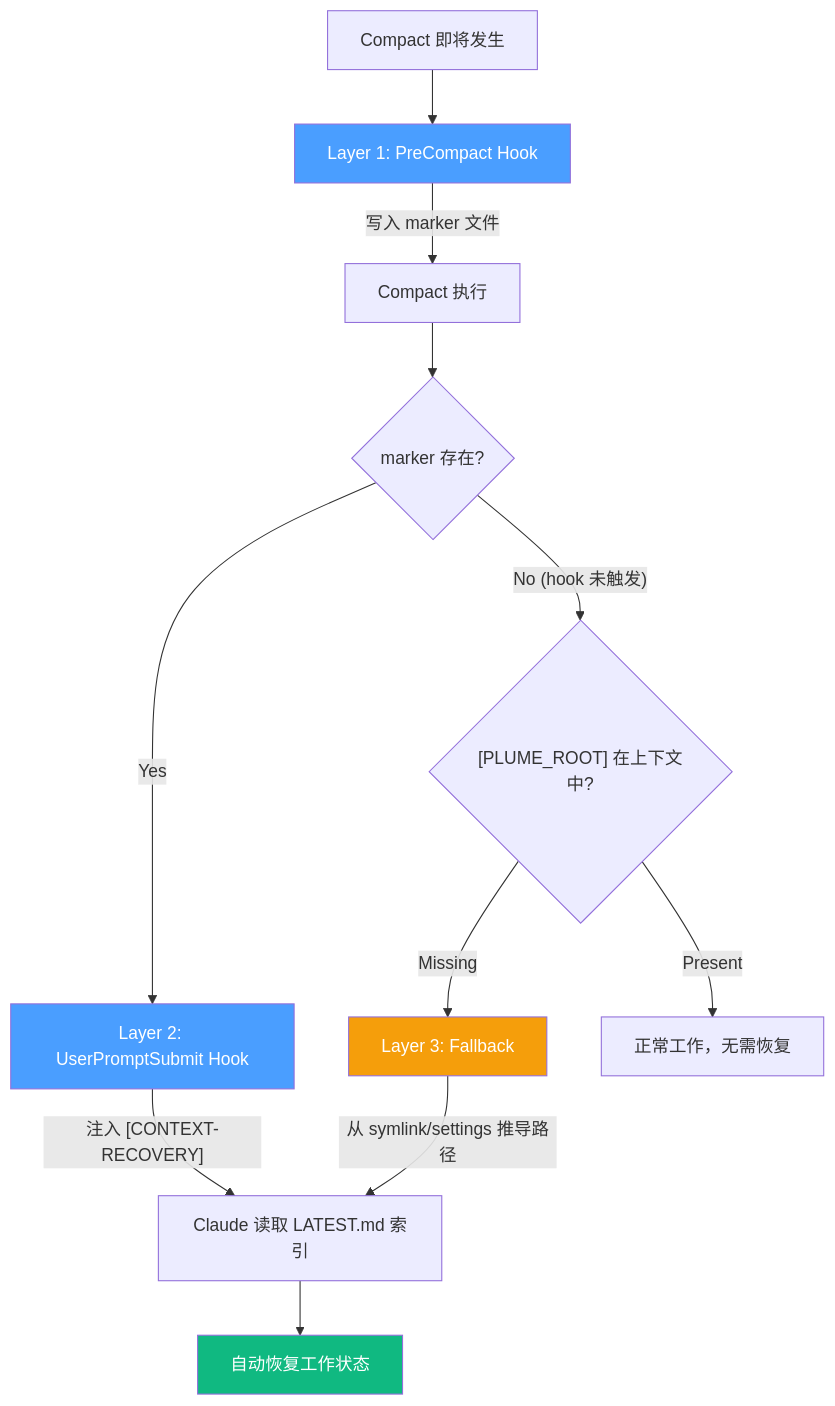
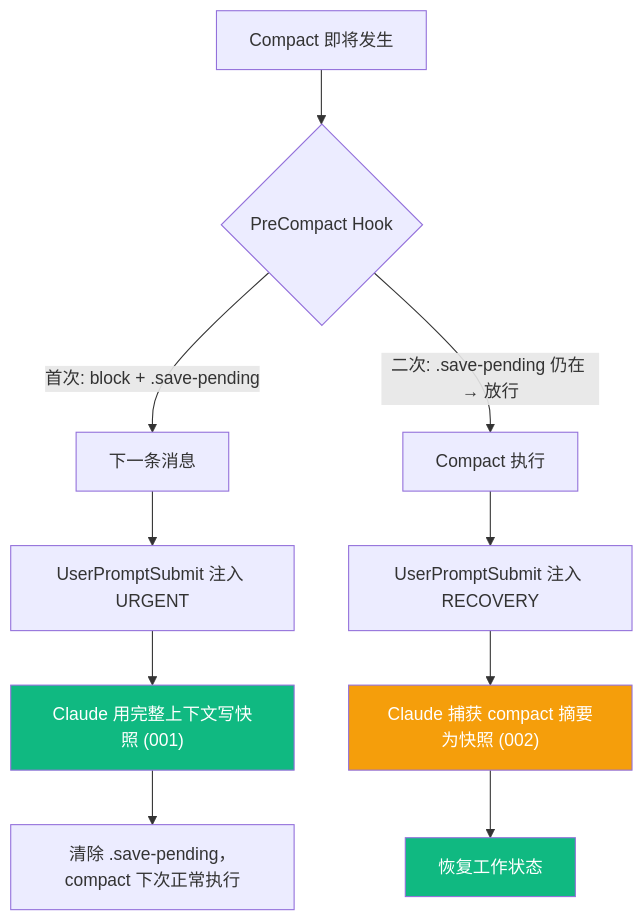
One commit to Plumess/plume-skills changed the diagram in README.md. Above: the diagram before and after it, drawn with Mermaid. The commit also changed other lines of this file and 17 other files, not shown here.

````diff
--- a/README.md
+++ b/README.md
@@ -109,18 +77,16 @@
 ```mermaid
 flowchart TD
-    A["Compact 即将发生"] --> B["Layer 1: PreCompact Hook"]
-    B -->|"写入 marker 文件"| C["Compact 执行"]
-    C --> D{"marker 存在?"}
-    D -->|Yes| E["Layer 2: UserPromptSubmit Hook"]
-    E -->|"注入 [CONTEXT-RECOVERY]"| F["Claude 读取 LATEST.md 索引"]
-    F --> G["自动恢复工作状态"]
-    D -->|"No (hook 未触发)"| H{"[PLUME_ROOT] 在上下文中?"}
-    H -->|Missing| I["Layer 3: Fallback"]
-    I -->|"从 symlink/settings 推导路径"| F
-    H -->|Present| J["正常工作，无需恢复"]
+    A["Compact 即将发生"] --> B{"PreCompact Hook"}
+    B -->|"首次: block + .save-pending"| C["下一条消息"]
+    C --> D["UserPromptSubmit 注入 URGENT"]
+    D --> E["Claude 用完整上下文写快照 (001)"]
+    E --> F["清除 .save-pending，compact 下次正常执行"]
+    B -->|"二次: .save-pending 仍在 → 放行"| G["Compact 执行"]
+    G --> H["UserPromptSubmit 注入 RECOVERY"]
+    H --> I["Claude 捕获 compact 摘要为快照 (002)"]
+    I --> J["恢复工作状态"]
 
-    style B fill:#4a9eff,color:#fff
-    style E fill:#4a9eff,color:#fff
+    style E fill:#10b981,color:#fff
     style I fill:#f59e0b,color:#fff
-    style G fill:#10b981,color:#fff
+    style J fill:#10b981,color:#fff
 ```
````
